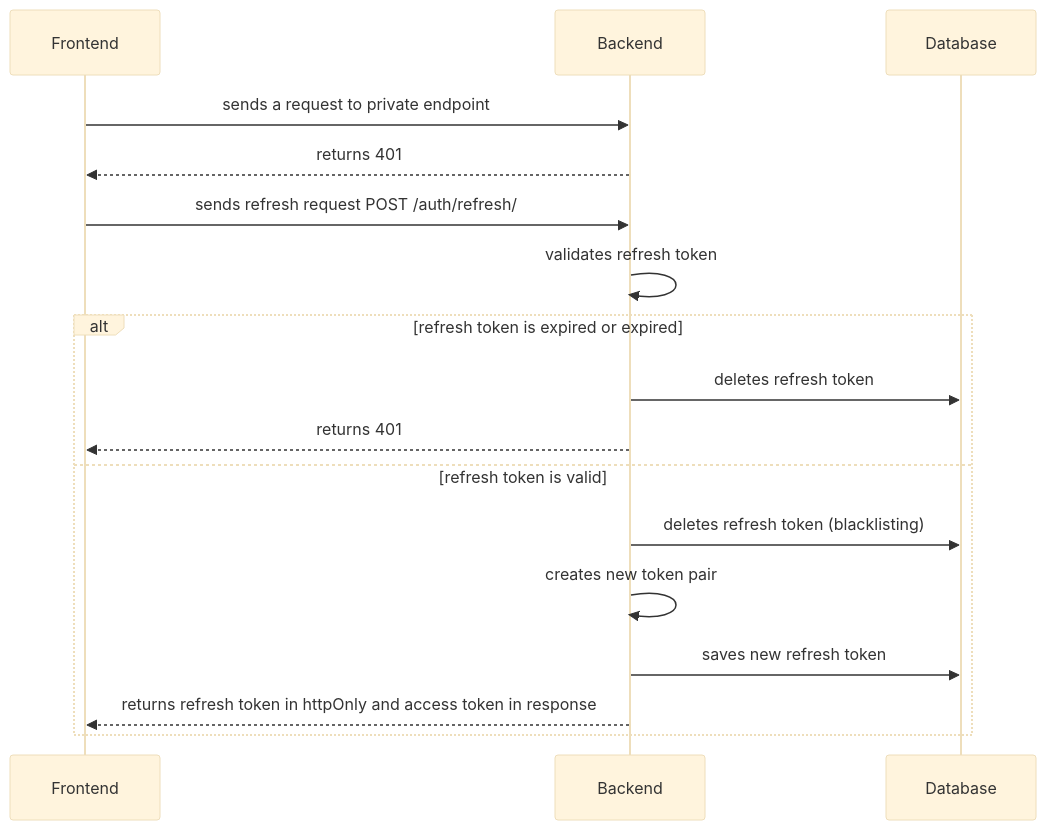
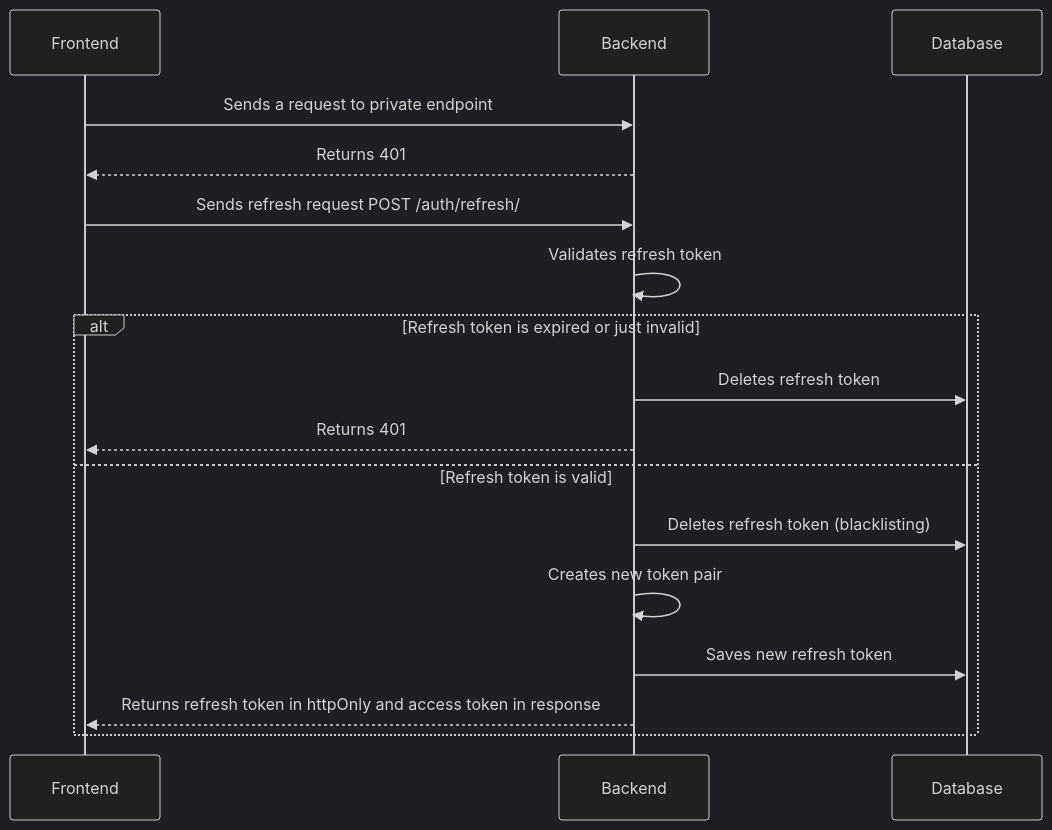
One commit to mandacode/mandacodigo-backend changed the diagram in docs/auth/refresh.mmd. Above: the diagram before and after it, drawn with Mermaid. The commit also changed 3 other files, not shown here.

Commit message:
Add base color for mermaid diagrams

```diff
--- a/docs/auth/refresh.mmd
+++ b/docs/auth/refresh.mmd
@@ -1,21 +1,21 @@
-%%{init: {'theme':'base'}}%%
+%%{init: {'theme':'dark'}}%%
 
 sequenceDiagram
     participant FE as Frontend
     participant BE as Backend
     participant DB as Database
 
-    FE ->> BE: sends a request to private endpoint
-    BE -->> FE: returns 401
-    FE ->> BE: sends refresh request POST /auth/refresh/
-    BE ->> BE: validates refresh token
+    FE ->> BE: Sends a request to private endpoint
+    BE -->> FE: Returns 401
+    FE ->> BE: Sends refresh request POST /auth/refresh/
+    BE ->> BE: Validates refresh token
 
-    alt refresh token is expired or expired
-        BE ->> DB: deletes refresh token
-        BE -->> FE: returns 401
-    else refresh token is valid
-        BE ->> DB: deletes refresh token (blacklisting)
-        BE ->> BE: creates new token pair
-        BE ->> DB: saves new refresh token
-        BE -->> FE: returns refresh token in httpOnly and access token in response
+    alt Refresh token is expired or just invalid
+        BE ->> DB: Deletes refresh token
+        BE -->> FE: Returns 401
+    else Refresh token is valid
+        BE ->> DB: Deletes refresh token (blacklisting)
+        BE ->> BE: Creates new token pair
+        BE ->> DB: Saves new refresh token
+        BE -->> FE: Returns refresh token in httpOnly and access token in response
     end
```
